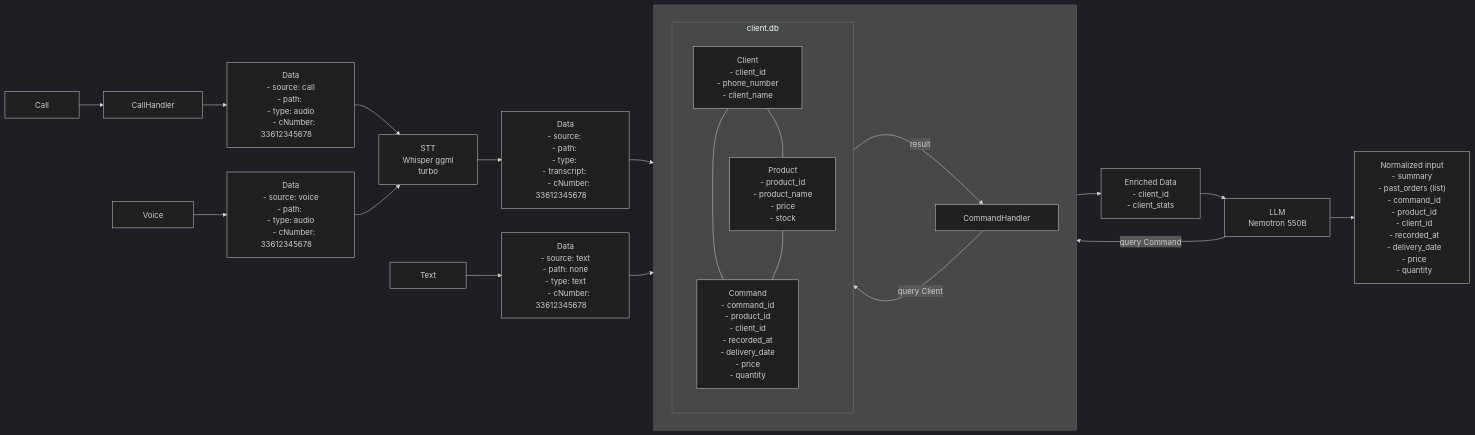
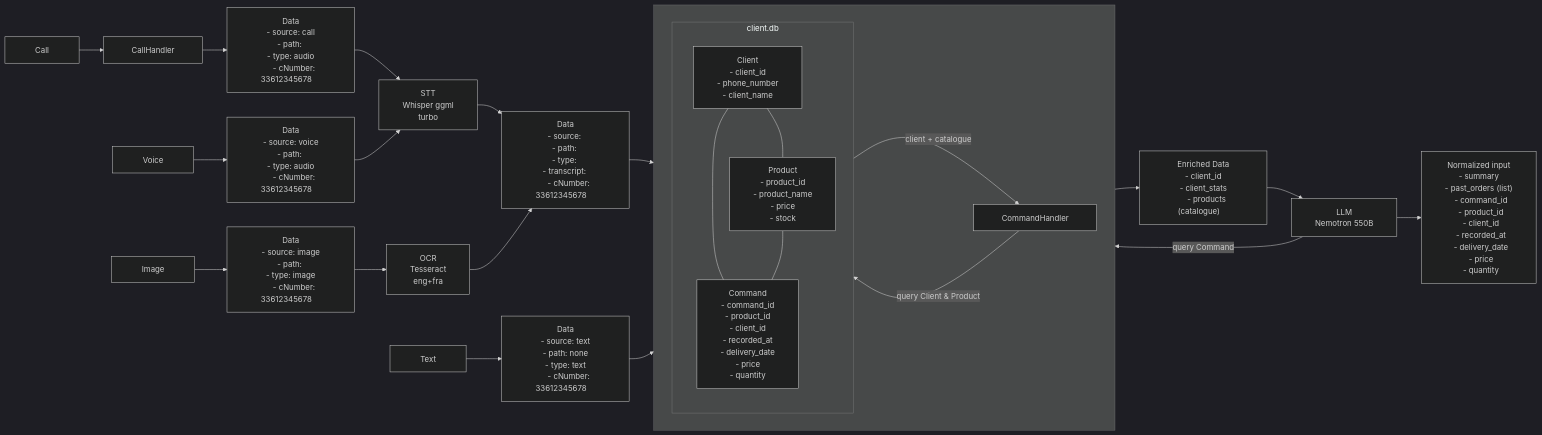
The diagram in ARCHITECTURE.md (KpihX/stock-ai), drawn with Mermaid (dark theme) before and after one commit. The commit also changed 27 other files, not shown here.

Commit message:
feat: 100% Dockerized STT/OCR pipeline, intent engine (create/modify/cancel), unified Anthropic React UI and interactive n8n graph

````diff
--- a/ARCHITECTURE.md
+++ b/ARCHITECTURE.md
@@ -5,42 +5,46 @@
 ```mermaid
 flowchart LR
     Call["&nbsp;&nbsp;&nbsp;&nbsp;&nbsp;&nbsp;&nbsp;Call&nbsp;&nbsp;&nbsp;&nbsp;&nbsp;&nbsp;&nbsp;"]
     Voice["&nbsp;&nbsp;&nbsp;&nbsp;&nbsp;&nbsp;&nbsp;Voice&nbsp;&nbsp;&nbsp;&nbsp;&nbsp;&nbsp;&nbsp;"]
+    Image["&nbsp;&nbsp;&nbsp;&nbsp;&nbsp;&nbsp;&nbsp;Image&nbsp;&nbsp;&nbsp;&nbsp;&nbsp;&nbsp;&nbsp;"]
     Text["&nbsp;&nbsp;&nbsp;&nbsp;&nbsp;&nbsp;&nbsp;Text&nbsp;&nbsp;&nbsp;&nbsp;&nbsp;&nbsp;&nbsp;"]
 
     Call --> CH["&nbsp;&nbsp;&nbsp;&nbsp;&nbsp;&nbsp;CallHandler&nbsp;&nbsp;&nbsp;&nbsp;&nbsp;&nbsp;"]
 
     CH --> CD["&nbsp;&nbsp;&nbsp;&nbsp;Data&nbsp;&nbsp;&nbsp;&nbsp;<br/>&nbsp;&nbsp;&nbsp;&nbsp;- source: call&nbsp;&nbsp;&nbsp;&nbsp;<br/>&nbsp;&nbsp;&nbsp;&nbsp;- path: &nbsp;&nbsp;&nbsp;&nbsp;<br/>&nbsp;&nbsp;&nbsp;&nbsp;- type: audio&nbsp;&nbsp;&nbsp;&nbsp;<br/>&nbsp;&nbsp;&nbsp;&nbsp;- cNumber: 33612345678&nbsp;&nbsp;&nbsp;&nbsp;"]
     Voice --> VD["&nbsp;&nbsp;&nbsp;&nbsp;Data&nbsp;&nbsp;&nbsp;&nbsp;<br/>&nbsp;&nbsp;&nbsp;&nbsp;- source: voice&nbsp;&nbsp;&nbsp;&nbsp;<br/>&nbsp;&nbsp;&nbsp;&nbsp;- path: &nbsp;&nbsp;&nbsp;&nbsp;<br/>&nbsp;&nbsp;&nbsp;&nbsp;- type: audio&nbsp;&nbsp;&nbsp;&nbsp;<br/>&nbsp;&nbsp;&nbsp;&nbsp;- cNumber: 33612345678&nbsp;&nbsp;&nbsp;&nbsp;"]
+    Image --> ID["&nbsp;&nbsp;&nbsp;&nbsp;Data&nbsp;&nbsp;&nbsp;&nbsp;<br/>&nbsp;&nbsp;&nbsp;&nbsp;- source: image&nbsp;&nbsp;&nbsp;&nbsp;<br/>&nbsp;&nbsp;&nbsp;&nbsp;- path: &nbsp;&nbsp;&nbsp;&nbsp;<br/>&nbsp;&nbsp;&nbsp;&nbsp;- type: image&nbsp;&nbsp;&nbsp;&nbsp;<br/>&nbsp;&nbsp;&nbsp;&nbsp;- cNumber: 33612345678&nbsp;&nbsp;&nbsp;&nbsp;"]
     Text --> TD["&nbsp;&nbsp;&nbsp;&nbsp;Data&nbsp;&nbsp;&nbsp;&nbsp;<br/>&nbsp;&nbsp;&nbsp;&nbsp;- source: text&nbsp;&nbsp;&nbsp;&nbsp;<br/>&nbsp;&nbsp;&nbsp;&nbsp;- path: none&nbsp;&nbsp;&nbsp;&nbsp;<br/>&nbsp;&nbsp;&nbsp;&nbsp;- type: text&nbsp;&nbsp;&nbsp;&nbsp;<br/>&nbsp;&nbsp;&nbsp;&nbsp;- cNumber: 33612345678&nbsp;&nbsp;&nbsp;&nbsp;"]
 
     CD --> STT["&nbsp;&nbsp;&nbsp;&nbsp;STT&nbsp;&nbsp;&nbsp;&nbsp;<br/>&nbsp;&nbsp;&nbsp;&nbsp;Whisper ggml&nbsp;&nbsp;&nbsp;&nbsp;<br/>&nbsp;&nbsp;&nbsp;&nbsp;turbo&nbsp;&nbsp;&nbsp;&nbsp;"]
     VD --> STT
+    ID --> OCR["&nbsp;&nbsp;&nbsp;&nbsp;OCR&nbsp;&nbsp;&nbsp;&nbsp;<br/>&nbsp;&nbsp;&nbsp;&nbsp;Tesseract&nbsp;&nbsp;&nbsp;&nbsp;<br/>&nbsp;&nbsp;&nbsp;&nbsp;eng+fra&nbsp;&nbsp;&nbsp;&nbsp;"]
 
     STT --> TR["&nbsp;&nbsp;&nbsp;&nbsp;Data&nbsp;&nbsp;&nbsp;&nbsp;<br/>&nbsp;&nbsp;&nbsp;&nbsp;- source: &nbsp;&nbsp;&nbsp;&nbsp;<br/>&nbsp;&nbsp;&nbsp;&nbsp;- path: &nbsp;&nbsp;&nbsp;&nbsp;<br/>&nbsp;&nbsp;&nbsp;&nbsp;- type: &nbsp;&nbsp;&nbsp;&nbsp;<br/>&nbsp;&nbsp;&nbsp;&nbsp;- transcript: &nbsp;&nbsp;&nbsp;&nbsp;<br/>&nbsp;&nbsp;&nbsp;&nbsp;- cNumber: 33612345678&nbsp;&nbsp;&nbsp;&nbsp;"]
+    OCR --> TR
 
     subgraph DB["&nbsp;&nbsp;&nbsp;&nbsp;&nbsp;&nbsp;client.db&nbsp;&nbsp;&nbsp;&nbsp;&nbsp;&nbsp;"]
         direction TB
         T_CLIENT["&nbsp;&nbsp;&nbsp;&nbsp;Client&nbsp;&nbsp;&nbsp;&nbsp;<br/>&nbsp;&nbsp;&nbsp;&nbsp;- client_id&nbsp;&nbsp;&nbsp;&nbsp;<br/>&nbsp;&nbsp;&nbsp;&nbsp;- phone_number&nbsp;&nbsp;&nbsp;&nbsp;<br/>&nbsp;&nbsp;&nbsp;&nbsp;- client_name&nbsp;&nbsp;&nbsp;&nbsp;"]
         T_PRODUCT["&nbsp;&nbsp;&nbsp;&nbsp;Product&nbsp;&nbsp;&nbsp;&nbsp;<br/>&nbsp;&nbsp;&nbsp;&nbsp;- product_id&nbsp;&nbsp;&nbsp;&nbsp;<br/>&nbsp;&nbsp;&nbsp;&nbsp;- product_name&nbsp;&nbsp;&nbsp;&nbsp;<br/>&nbsp;&nbsp;&nbsp;&nbsp;- price&nbsp;&nbsp;&nbsp;&nbsp;<br/>&nbsp;&nbsp;&nbsp;&nbsp;- stock&nbsp;&nbsp;&nbsp;&nbsp;"]
         T_ORDER["&nbsp;&nbsp;&nbsp;&nbsp;Command&nbsp;&nbsp;&nbsp;&nbsp;<br/>&nbsp;&nbsp;&nbsp;&nbsp;- command_id&nbsp;&nbsp;&nbsp;&nbsp;<br/>&nbsp;&nbsp;&nbsp;&nbsp;- product_id&nbsp;&nbsp;&nbsp;&nbsp;<br/>&nbsp;&nbsp;&nbsp;&nbsp;- client_id&nbsp;&nbsp;&nbsp;&nbsp;<br/>&nbsp;&nbsp;&nbsp;&nbsp;- recorded_at&nbsp;&nbsp;&nbsp;&nbsp;<br/>&nbsp;&nbsp;&nbsp;&nbsp;- delivery_date&nbsp;&nbsp;&nbsp;&nbsp;<br/>&nbsp;&nbsp;&nbsp;&nbsp;- price&nbsp;&nbsp;&nbsp;&nbsp;<br/>&nbsp;&nbsp;&nbsp;&nbsp;- quantity&nbsp;&nbsp;&nbsp;&nbsp;"]
         T_CLIENT --- T_PRODUCT
         T_CLIENT --- T_ORDER
         T_PRODUCT --- T_ORDER
     end
 
     CMD["&nbsp;&nbsp;&nbsp;&nbsp;&nbsp;&nbsp;CommandHandler&nbsp;&nbsp;&nbsp;&nbsp;&nbsp;&nbsp;"]
     TR --> CMD
     TD --> CMD
 
     subgraph IO[" "]
         direction LR
-        CMD -->|"query Client"| DB
-        DB -->|"result"| CMD
+        CMD -->|"query Client & Product"| DB
+        DB -->|"client + catalogue"| CMD
     end
 
-    CMD --> ENR["&nbsp;&nbsp;&nbsp;&nbsp;Enriched Data&nbsp;&nbsp;&nbsp;&nbsp;<br/>&nbsp;&nbsp;&nbsp;&nbsp;- client_id&nbsp;&nbsp;&nbsp;&nbsp;<br/>&nbsp;&nbsp;&nbsp;&nbsp;- client_stats&nbsp;&nbsp;&nbsp;&nbsp;"]
+    CMD --> ENR["&nbsp;&nbsp;&nbsp;&nbsp;Enriched Data&nbsp;&nbsp;&nbsp;&nbsp;<br/>&nbsp;&nbsp;&nbsp;&nbsp;- client_id&nbsp;&nbsp;&nbsp;&nbsp;<br/>&nbsp;&nbsp;&nbsp;&nbsp;- client_stats&nbsp;&nbsp;&nbsp;&nbsp;<br/>&nbsp;&nbsp;&nbsp;&nbsp;- products (catalogue)&nbsp;&nbsp;&nbsp;&nbsp;"]
     ENR --> LLM["&nbsp;&nbsp;&nbsp;&nbsp;LLM&nbsp;&nbsp;&nbsp;&nbsp;<br/>&nbsp;&nbsp;&nbsp;&nbsp;Nemotron 550B&nbsp;&nbsp;&nbsp;&nbsp;"]
     LLM -->|"query Command"| DB
     LLM --> NORM["&nbsp;&nbsp;&nbsp;&nbsp;Normalized input&nbsp;&nbsp;&nbsp;&nbsp;<br/>&nbsp;&nbsp;&nbsp;&nbsp;- summary&nbsp;&nbsp;&nbsp;&nbsp;<br/>&nbsp;&nbsp;&nbsp;&nbsp;- past_orders (list)&nbsp;&nbsp;&nbsp;&nbsp;<br/>&nbsp;&nbsp;&nbsp;&nbsp;&nbsp;&nbsp;- command_id&nbsp;&nbsp;&nbsp;&nbsp;<br/>&nbsp;&nbsp;&nbsp;&nbsp;&nbsp;&nbsp;- product_id&nbsp;&nbsp;&nbsp;&nbsp;<br/>&nbsp;&nbsp;&nbsp;&nbsp;&nbsp;&nbsp;- client_id&nbsp;&nbsp;&nbsp;&nbsp;<br/>&nbsp;&nbsp;&nbsp;&nbsp;&nbsp;&nbsp;- recorded_at&nbsp;&nbsp;&nbsp;&nbsp;<br/>&nbsp;&nbsp;&nbsp;&nbsp;&nbsp;&nbsp;- delivery_date&nbsp;&nbsp;&nbsp;&nbsp;<br/>&nbsp;&nbsp;&nbsp;&nbsp;&nbsp;&nbsp;- price&nbsp;&nbsp;&nbsp;&nbsp;<br/>&nbsp;&nbsp;&nbsp;&nbsp;&nbsp;&nbsp;- quantity&nbsp;&nbsp;&nbsp;&nbsp;"]
 ```
````
